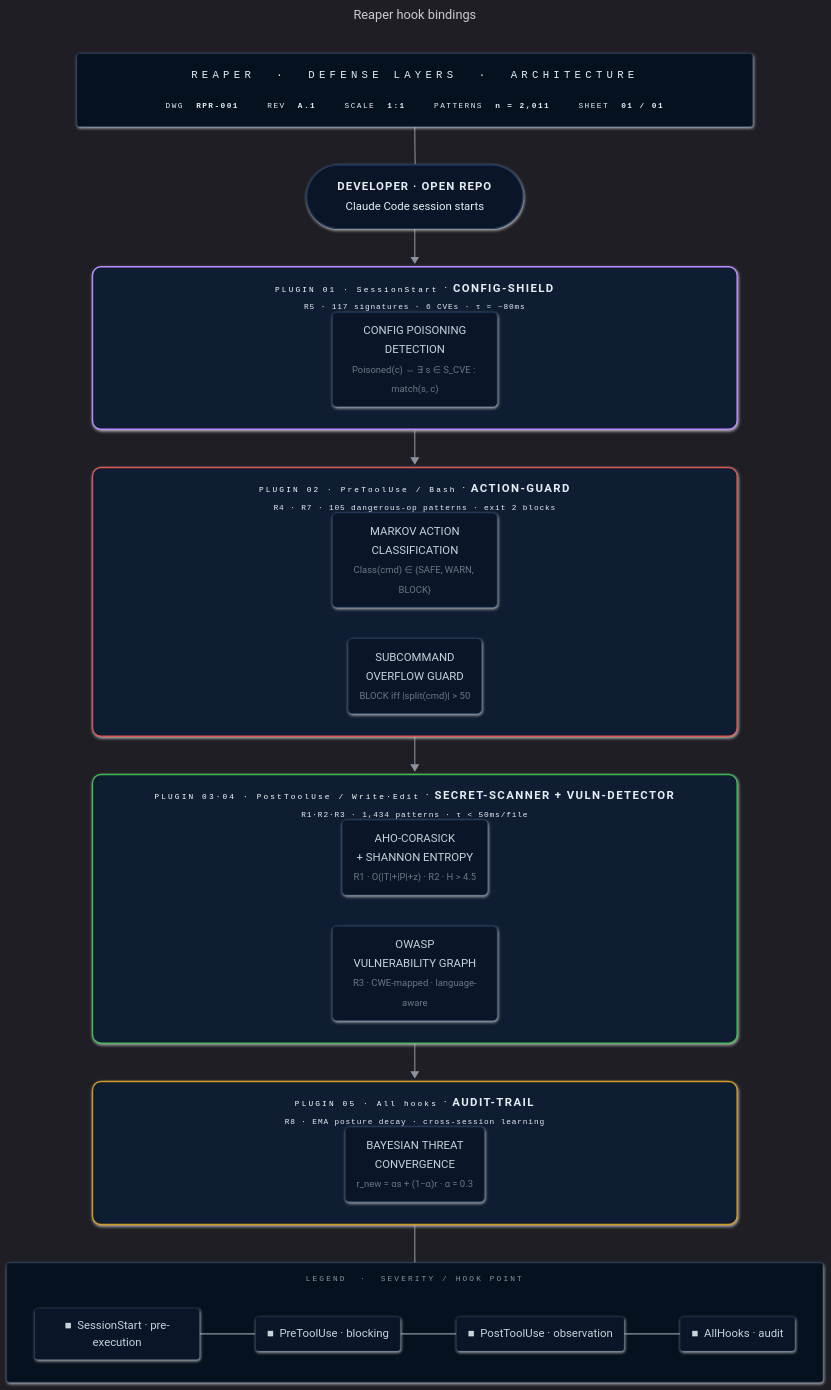
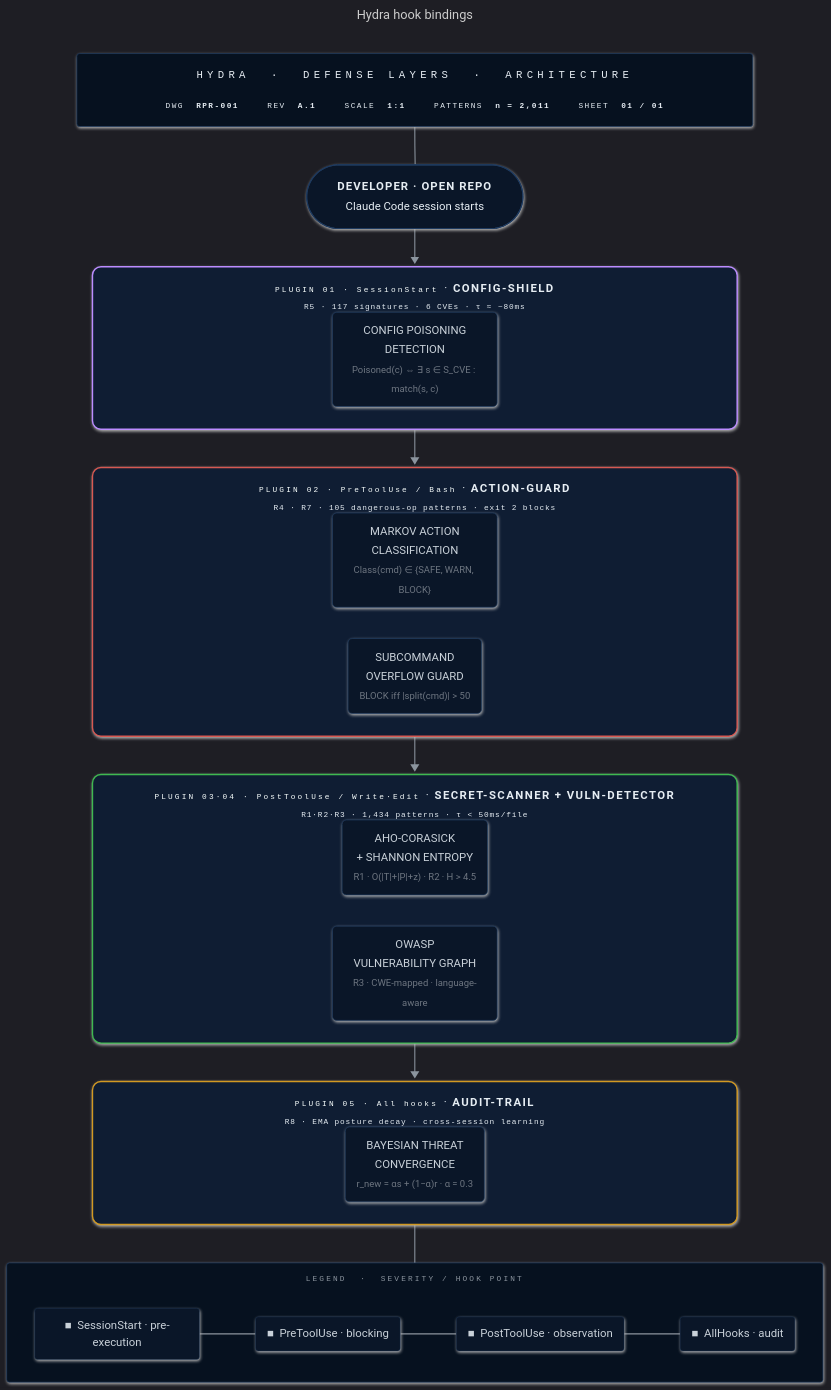
One commit to enchanter-ai/hydra changed the diagram in docs/assets/pipeline.mmd. Above: the diagram before and after it, drawn with Mermaid. The commit also changed 110 other files, not shown here.

First line of the commit message:
rename: Reaper → Hydra, standardize origin format

```diff
--- a/docs/assets/pipeline.mmd
+++ b/docs/assets/pipeline.mmd
@@ -1,72 +1,72 @@
 ---
-title: Reaper hook bindings
+title: Hydra hook bindings
 config:
   look: neo
   theme: dark
   flowchart:
     curve: basis
     padding: 18
     nodeSpacing: 44
     rankSpacing: 54
     htmlLabels: true
     subGraphTitleMargin:
       top: 14
       bottom: 18
 ---
 flowchart TD
-    TitleBlock["<div style='font-family:ui-monospace,SFMono-Regular,Consolas,monospace;text-align:center;min-width:900px;padding:6px 10px;line-height:1.8'><div style='color:#58a6ff;font-size:15px;letter-spacing:6px;border-bottom:1px solid #1e3a5f;padding-bottom:10px;margin-bottom:10px'>REAPER &nbsp;·&nbsp; DEFENSE&nbsp;LAYERS &nbsp;·&nbsp; ARCHITECTURE</div><div style='display:flex;gap:40px;justify-content:center;font-size:11px;color:#8b949e;letter-spacing:2px'><span>DWG&nbsp;&nbsp;<b style='color:#e6edf3'>RPR-001</b></span><span>REV&nbsp;&nbsp;<b style='color:#e6edf3'>A.1</b></span><span>SCALE&nbsp;&nbsp;<b style='color:#e6edf3'>1:1</b></span><span>PATTERNS&nbsp;&nbsp;<b style='color:#e6edf3'>n&nbsp;=&nbsp;2,011</b></span><span>SHEET&nbsp;&nbsp;<b style='color:#e6edf3'>01&nbsp;/&nbsp;01</b></span></div></div>"]
+    TitleBlock["<div style='font-family:ui-monospace,SFMono-Regular,Consolas,monospace;text-align:center;min-width:900px;padding:6px 10px;line-height:1.8'><div style='color:#58a6ff;font-size:15px;letter-spacing:6px;border-bottom:1px solid #1e3a5f;padding-bottom:10px;margin-bottom:10px'>HYDRA &nbsp;·&nbsp; DEFENSE&nbsp;LAYERS &nbsp;·&nbsp; ARCHITECTURE</div><div style='display:flex;gap:40px;justify-content:center;font-size:11px;color:#8b949e;letter-spacing:2px'><span>DWG&nbsp;&nbsp;<b style='color:#e6edf3'>RPR-001</b></span><span>REV&nbsp;&nbsp;<b style='color:#e6edf3'>A.1</b></span><span>SCALE&nbsp;&nbsp;<b style='color:#e6edf3'>1:1</b></span><span>PATTERNS&nbsp;&nbsp;<b style='color:#e6edf3'>n&nbsp;=&nbsp;2,011</b></span><span>SHEET&nbsp;&nbsp;<b style='color:#e6edf3'>01&nbsp;/&nbsp;01</b></span></div></div>"]
 
     User(["<div style='text-align:center;line-height:1.8;padding:4px 12px'><b style='letter-spacing:1.5px'>DEVELOPER&nbsp;·&nbsp;OPEN&nbsp;REPO</b><br/><span style='color:#8b949e;font-size:12px'>Claude Code session starts</span></div>"])
 
     subgraph SS["<div style='text-align:center;min-width:900px;line-height:2'><div><span style='font-family:ui-monospace,monospace;color:#8b949e;font-size:11px;letter-spacing:3px'>PLUGIN&nbsp;01&nbsp;·&nbsp;SessionStart</span>&nbsp;&nbsp;·&nbsp;&nbsp;<b style='letter-spacing:2px'>CONFIG-SHIELD</b></div><div style='color:#6e7681;font-size:11px;font-family:ui-monospace,monospace;letter-spacing:1.2px'>R5&nbsp;·&nbsp;117&nbsp;signatures&nbsp;·&nbsp;6&nbsp;CVEs&nbsp;·&nbsp;τ&nbsp;≈&nbsp;~80ms</div></div>"]
         direction LR
         config["<div style='text-align:center;line-height:1.7'>CONFIG&nbsp;POISONING<br/>DETECTION<br/><small style='color:#6e7681'>Poisoned(c) ⇔ ∃ s ∈ S_CVE : match(s, c)</small></div>"]
     end
 
     subgraph Pre["<div style='text-align:center;min-width:900px;line-height:2'><div><span style='font-family:ui-monospace,monospace;color:#8b949e;font-size:11px;letter-spacing:3px'>PLUGIN&nbsp;02&nbsp;·&nbsp;PreToolUse&nbsp;/&nbsp;Bash</span>&nbsp;&nbsp;·&nbsp;&nbsp;<b style='letter-spacing:2px'>ACTION-GUARD</b></div><div style='color:#6e7681;font-size:11px;font-family:ui-monospace,monospace;letter-spacing:1.2px'>R4 · R7&nbsp;·&nbsp;105&nbsp;dangerous-op&nbsp;patterns&nbsp;·&nbsp;exit&nbsp;2&nbsp;blocks</div></div>"]
         direction LR
         guard["<div style='text-align:center;line-height:1.7'>MARKOV&nbsp;ACTION<br/>CLASSIFICATION<br/><small style='color:#6e7681'>Class(cmd) ∈ {SAFE, WARN, BLOCK}</small></div>"]
         overflow["<div style='text-align:center;line-height:1.7'>SUBCOMMAND<br/>OVERFLOW&nbsp;GUARD<br/><small style='color:#6e7681'>BLOCK iff |split(cmd)| > 50</small></div>"]
     end
 
     subgraph Post["<div style='text-align:center;min-width:900px;line-height:2'><div><span style='font-family:ui-monospace,monospace;color:#8b949e;font-size:11px;letter-spacing:3px'>PLUGIN&nbsp;03·04&nbsp;·&nbsp;PostToolUse&nbsp;/&nbsp;Write·Edit</span>&nbsp;&nbsp;·&nbsp;&nbsp;<b style='letter-spacing:2px'>SECRET-SCANNER&nbsp;+&nbsp;VULN-DETECTOR</b></div><div style='color:#6e7681;font-size:11px;font-family:ui-monospace,monospace;letter-spacing:1.2px'>R1·R2·R3&nbsp;·&nbsp;1,434&nbsp;patterns&nbsp;·&nbsp;τ&nbsp;&lt;&nbsp;50ms/file</div></div>"]
         direction LR
         secrets["<div style='text-align:center;line-height:1.7'>AHO-CORASICK<br/>+ SHANNON ENTROPY<br/><small style='color:#6e7681'>R1 · O(|T|+|P|+z) · R2 · H > 4.5</small></div>"]
         vulns["<div style='text-align:center;line-height:1.7'>OWASP<br/>VULNERABILITY&nbsp;GRAPH<br/><small style='color:#6e7681'>R3 · CWE-mapped · language-aware</small></div>"]
     end
 
     subgraph Audit["<div style='text-align:center;min-width:900px;line-height:2'><div><span style='font-family:ui-monospace,monospace;color:#8b949e;font-size:11px;letter-spacing:3px'>PLUGIN&nbsp;05&nbsp;·&nbsp;All&nbsp;hooks</span>&nbsp;&nbsp;·&nbsp;&nbsp;<b style='letter-spacing:2px'>AUDIT-TRAIL</b></div><div style='color:#6e7681;font-size:11px;font-family:ui-monospace,monospace;letter-spacing:1.2px'>R8&nbsp;·&nbsp;EMA&nbsp;posture&nbsp;decay&nbsp;·&nbsp;cross-session&nbsp;learning</div></div>"]
         direction LR
         audit["<div style='text-align:center;line-height:1.7'>BAYESIAN&nbsp;THREAT<br/>CONVERGENCE<br/><small style='color:#6e7681'>r_new = αs + (1−α)r · α = 0.3</small></div>"]
     end
 
     subgraph Legend["<div style='font-family:ui-monospace,monospace;color:#8b949e;font-size:11px;letter-spacing:3px;min-width:900px;text-align:center'>LEGEND&nbsp;&nbsp;·&nbsp;&nbsp;SEVERITY&nbsp;/&nbsp;HOOK&nbsp;POINT</div>"]
         direction LR
         lg1["<span style='color:#bc8cff'>■</span>&nbsp;&nbsp;SessionStart&nbsp;·&nbsp;pre-execution"] --- lg2["<span style='color:#d75952'>■</span>&nbsp;&nbsp;PreToolUse&nbsp;·&nbsp;blocking"] --- lg3["<span style='color:#3fb950'>■</span>&nbsp;&nbsp;PostToolUse&nbsp;·&nbsp;observation"] --- lg4["<span style='color:#d29922'>■</span>&nbsp;&nbsp;AllHooks&nbsp;·&nbsp;audit"]
     end
 
     TitleBlock ~~~ User
     User --> SS
     SS --> Pre
     Pre --> Post
     Post --> Audit
     Audit ~~~ Legend
 
     classDef step fill:#0a1628,stroke:#1e3a5f,stroke-width:1px,color:#c9d1d9,rx:6,ry:6
     classDef userNode fill:#0a1628,stroke:#1e3a5f,stroke-width:1.5px,color:#e6edf3,rx:10,ry:10
     classDef titleBlock fill:#06111f,stroke:#1e3a5f,stroke-width:1px,color:#e6edf3,rx:4,ry:4
     classDef legend fill:#06111f,stroke:#1e3a5f,stroke-width:1px,color:#8b949e,rx:4,ry:4
     classDef legendItem fill:#0a1628,stroke:#1e3a5f,stroke-width:0.5px,color:#c9d1d9,rx:4,ry:4
 
     class User userNode
     class config,guard,overflow,secrets,vulns,audit step
     class TitleBlock titleBlock
     class Legend legend
     class lg1,lg2,lg3,lg4 legendItem
 
     style SS fill:#0f1d33,stroke:#bc8cff,stroke-width:2px,color:#e6edf3,rx:12,ry:12
     style Pre fill:#0f1d33,stroke:#d75952,stroke-width:2px,color:#e6edf3,rx:12,ry:12
     style Post fill:#0f1d33,stroke:#3fb950,stroke-width:2px,color:#e6edf3,rx:12,ry:12
     style Audit fill:#0f1d33,stroke:#d29922,stroke-width:2px,color:#e6edf3,rx:12,ry:12
 
     linkStyle default stroke:#8b949e,stroke-width:1.5px
```
